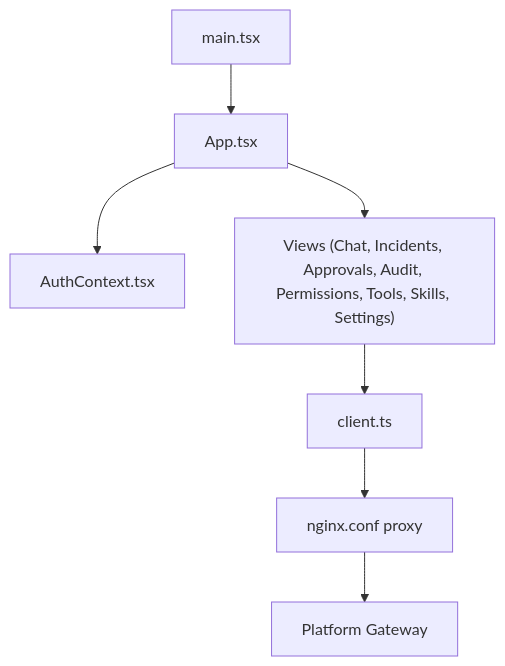
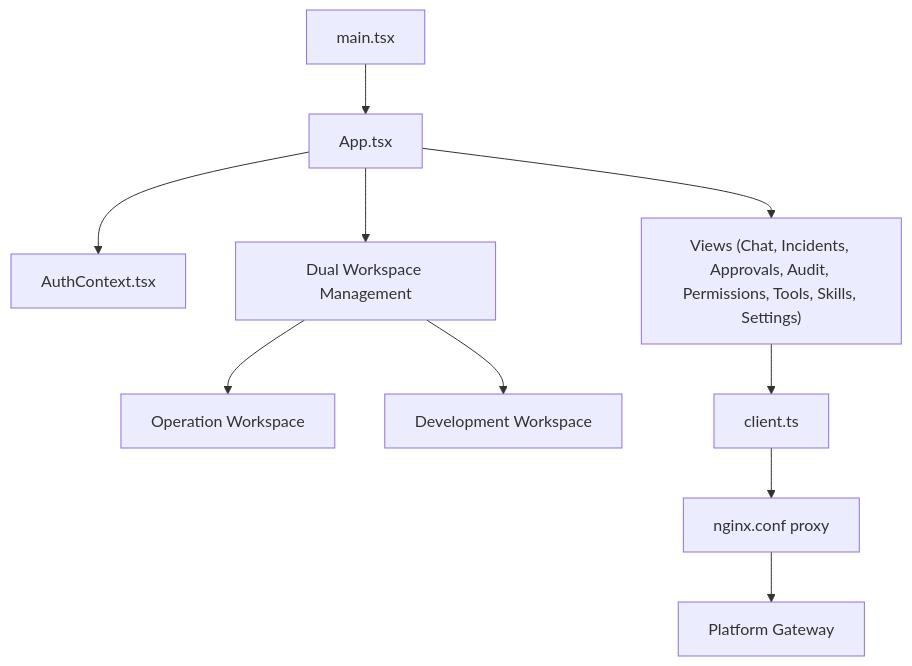
Diagram 15 of 15 in .qoder/repowiki/en/content/Operator Portal.md (metasync/luban-aiops), drawn with Mermaid before and after one commit. The commit also changed other lines of this file and 6 other files, not shown here.

````diff
--- a/.qoder/repowiki/en/content/Operator Portal.md
+++ b/.qoder/repowiki/en/content/Operator Portal.md
@@ -633,9 +701,12 @@
 ```mermaid
 graph TB
 Main["main.tsx"] --> App["App.tsx"]
 App --> Auth["AuthContext.tsx"]
+App --> Workspaces["Dual Workspace Management"]
+Workspaces --> OpWS["Operation Workspace"]
+Workspaces --> DevWS["Development Workspace"]
 App --> Views["Views (Chat, Incidents, Approvals, Audit, Permissions, Tools, Skills, Settings)"]
 Views --> API["client.ts"]
 API --> Nginx["nginx.conf proxy"]
 Nginx --> Gateway["Platform Gateway"]
 ```
````
